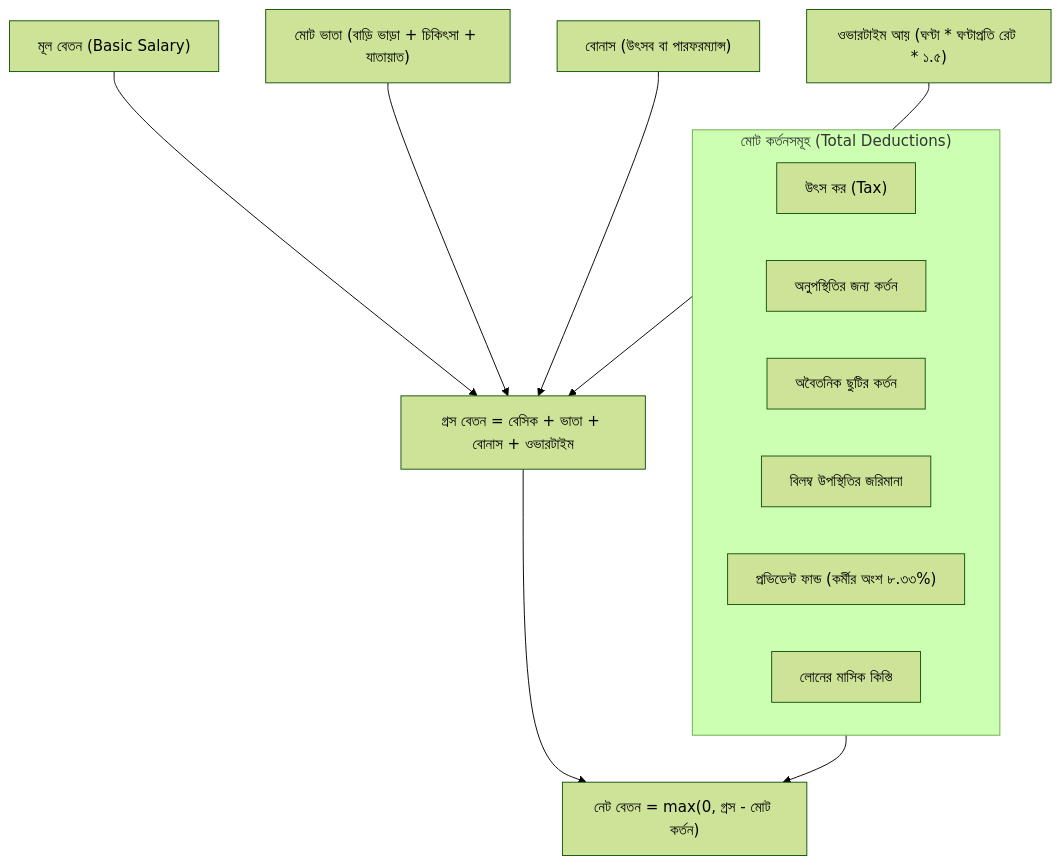
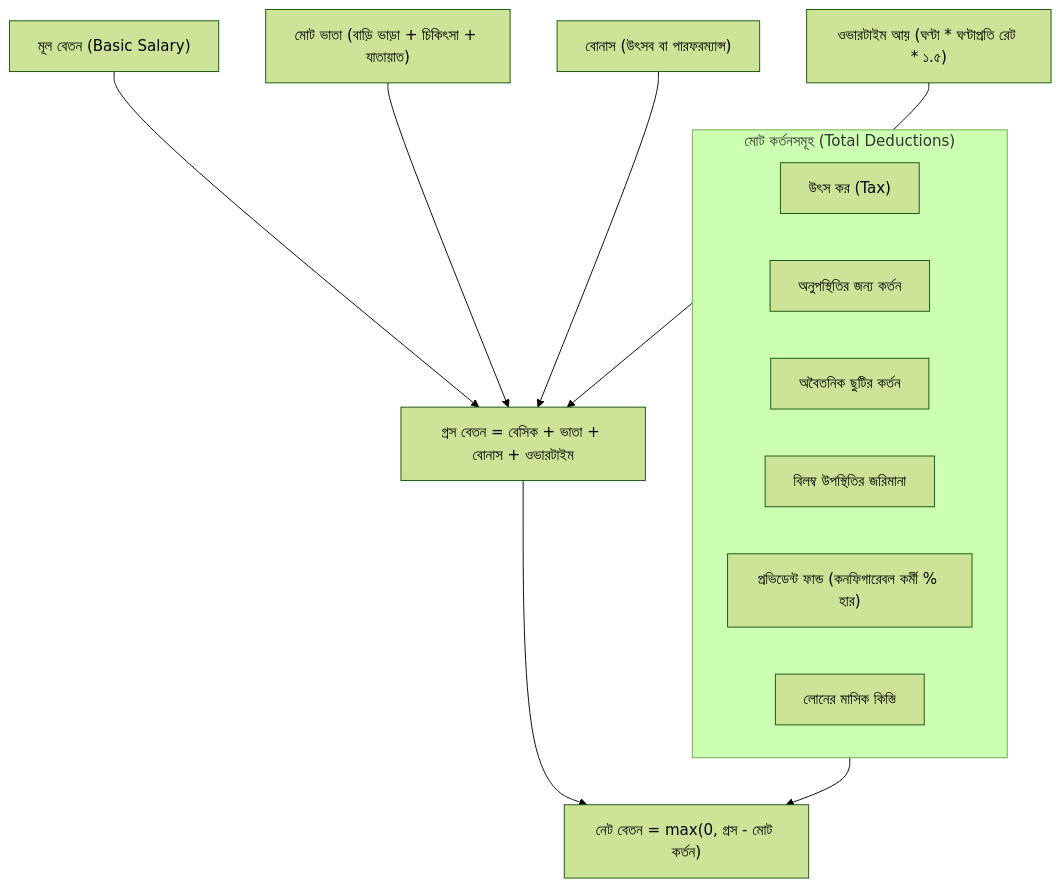
The fifth of 5 diagrams in PRESENTATION_BN.md (eftyqhar/FlowPay), drawn with Mermaid (forest theme) before and after one commit. The commit also changed other lines of this file and 12 other files, not shown here.

````diff
--- a/PRESENTATION_BN.md
+++ b/PRESENTATION_BN.md
@@ -219,26 +220,26 @@
 ```mermaid
 flowchart TD
     Basic["মূল বেতন (Basic Salary)"]
     Allowances["মোট ভাতা (বাড়ি ভাড়া + চিকিৎসা + যাতায়াত)"]
     Bonus["বোনাস (উৎসব বা পারফরম্যান্স)"]
     Overtime["ওভারটাইম আয় (ঘণ্টা * ঘণ্টাপ্রতি রেট * ১.৫)"]
 
     Gross["গ্রস বেতন = বেসিক + ভাতা + বোনাস + ওভারটাইম"]
 
     Basic --> Gross
     Allowances --> Gross
     Bonus --> Gross
     Overtime --> Gross
 
     subgraph Deductions ["মোট কর্তনসমূহ (Total Deductions)"]
         Tax["উৎস কর (Tax)"]
         AbsenceDed["অনুপস্থিতির জন্য কর্তন"]
         UnpaidDed["অবৈতনিক ছুটির কর্তন"]
         LateDed["বিলম্ব উপস্থিতির জরিমানা"]
-        PF["প্রভিডেন্ট ফান্ড (কর্মীর অংশ ৮.৩৩%)"]
+        PF["প্রভিডেন্ট ফান্ড (কনফিগারেবল কর্মী % হার)"]
         Loan["লোনের মাসিক কিস্তি"]
     end
 
     Gross --> Net["নেট বেতন = max(0, গ্রস - মোট কর্তন)"]
     Deductions --> Net
 ```
````
